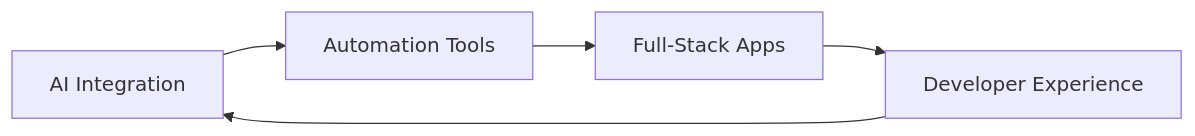
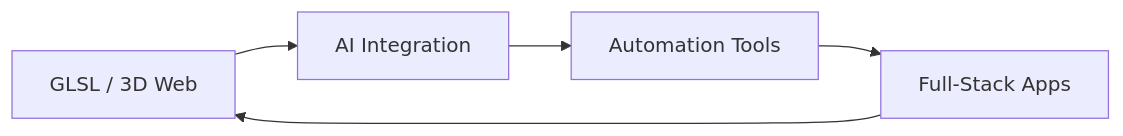
The diagram in README.md (void032/void032), drawn with Mermaid before and after one commit. The commit also changed other lines of this file, not shown here.

````diff
--- a/README.md
+++ b/README.md
@@ -129,7 +240,7 @@
 ```mermaid
 graph LR
-    A[AI Integration] --> B[Automation Tools]
-    B --> C[Full-Stack Apps]
-    C --> D[Developer Experience]
+    A[GLSL / 3D Web] --> B[AI Integration]
+    B --> C[Automation Tools]
+    C --> D[Full-Stack Apps]
     D --> A
 ```
````
